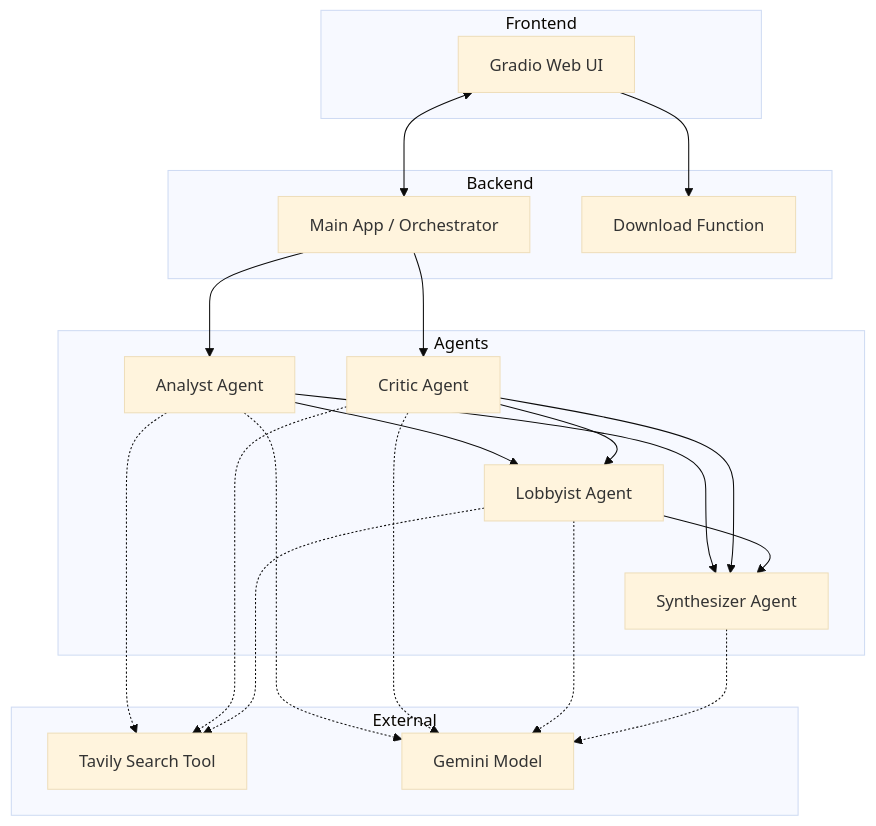
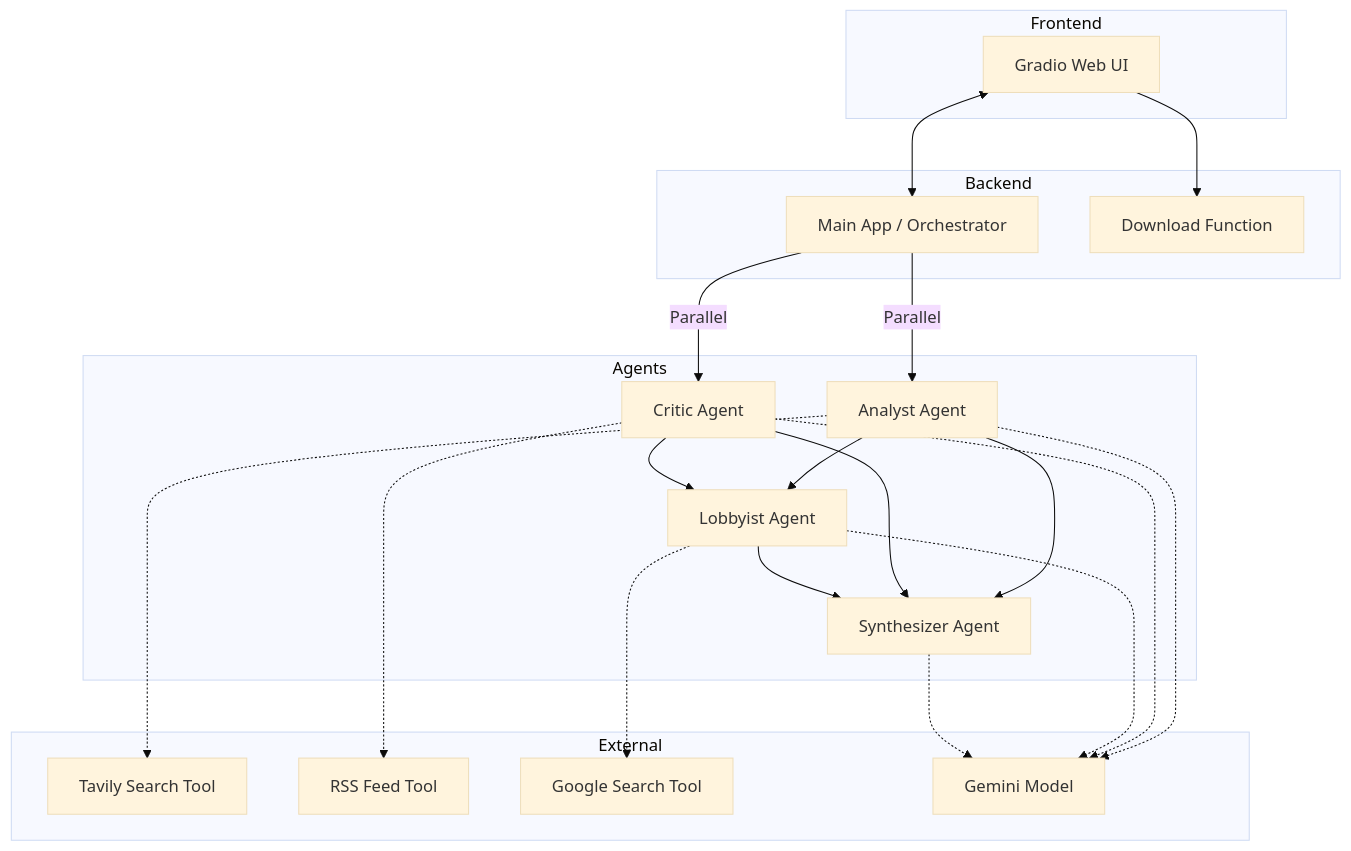
The second of 2 diagrams in README.md (Hardhikman/popu-agent), drawn with Mermaid (base theme) before and after one commit. The commit also changed other lines of this file and 4 other files, not shown here.

````diff
--- a/README.md
+++ b/README.md
@@ -30,45 +34,48 @@
 ```mermaid
 graph TD
     subgraph Frontend
         UI[Gradio Web UI]
     end
     
     subgraph Backend
         Main[Main App / Orchestrator]
         Download[Download Function]
     end
     
     subgraph Agents
         Analyst[Analyst Agent]
         Critic[Critic Agent]
         Lobbyist[Lobbyist Agent]
         Synth[Synthesizer Agent]
     end
     
     subgraph External
         Tavily[Tavily Search Tool]
+        RSS[RSS Feed Tool]
+        Google[Google Search Tool]
         Gemini[Gemini Model]
     end
 
     UI <--> Main
     UI --> Download
     
-    Main --> Analyst
-    Main --> Critic
+    %% Parallel Execution
+    Main -- Parallel --> Analyst
+    Main -- Parallel --> Critic
     
     Analyst --> Lobbyist
     Critic --> Lobbyist
     
     Analyst --> Synth
     Critic --> Synth
     Lobbyist --> Synth
     
     Analyst -.-> Tavily
-    Critic -.-> Tavily
-    Lobbyist -.-> Tavily
+    Critic -.-> RSS
+    Lobbyist -.-> Google
     
     Analyst -.-> Gemini
     Critic -.-> Gemini
     Lobbyist -.-> Gemini
     Synth -.-> Gemini
 ```
````
